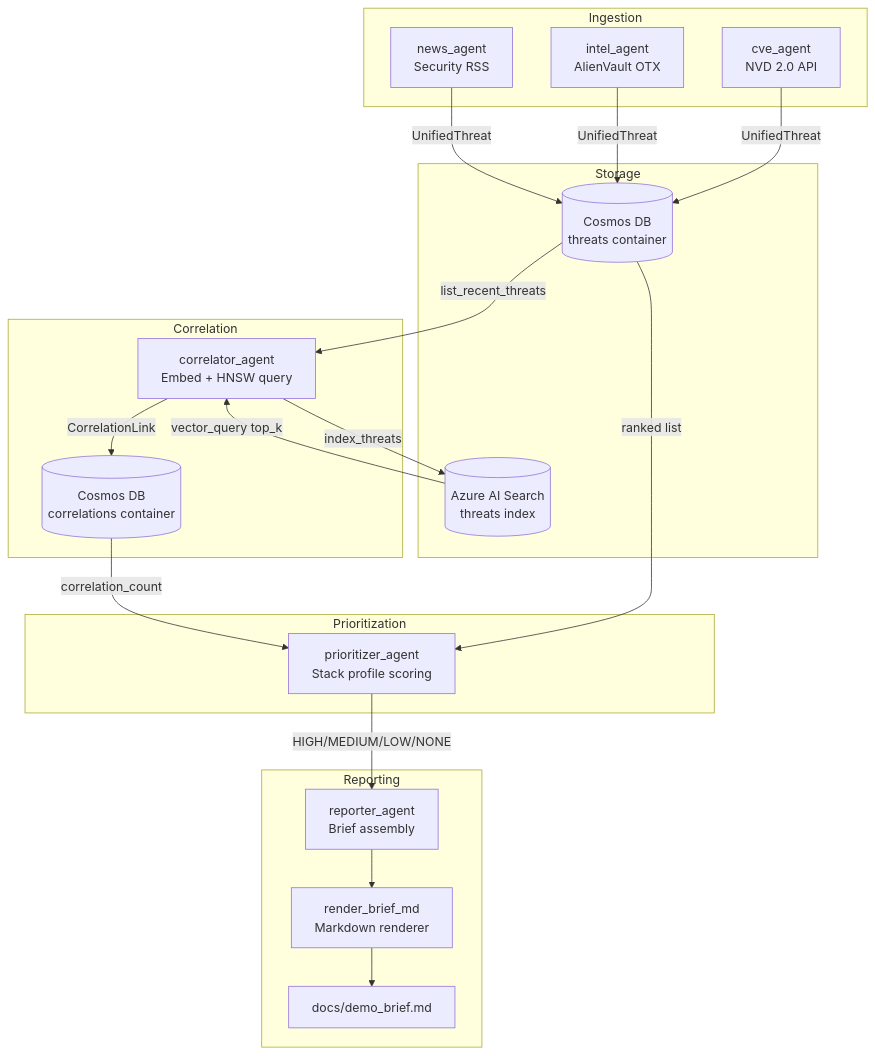
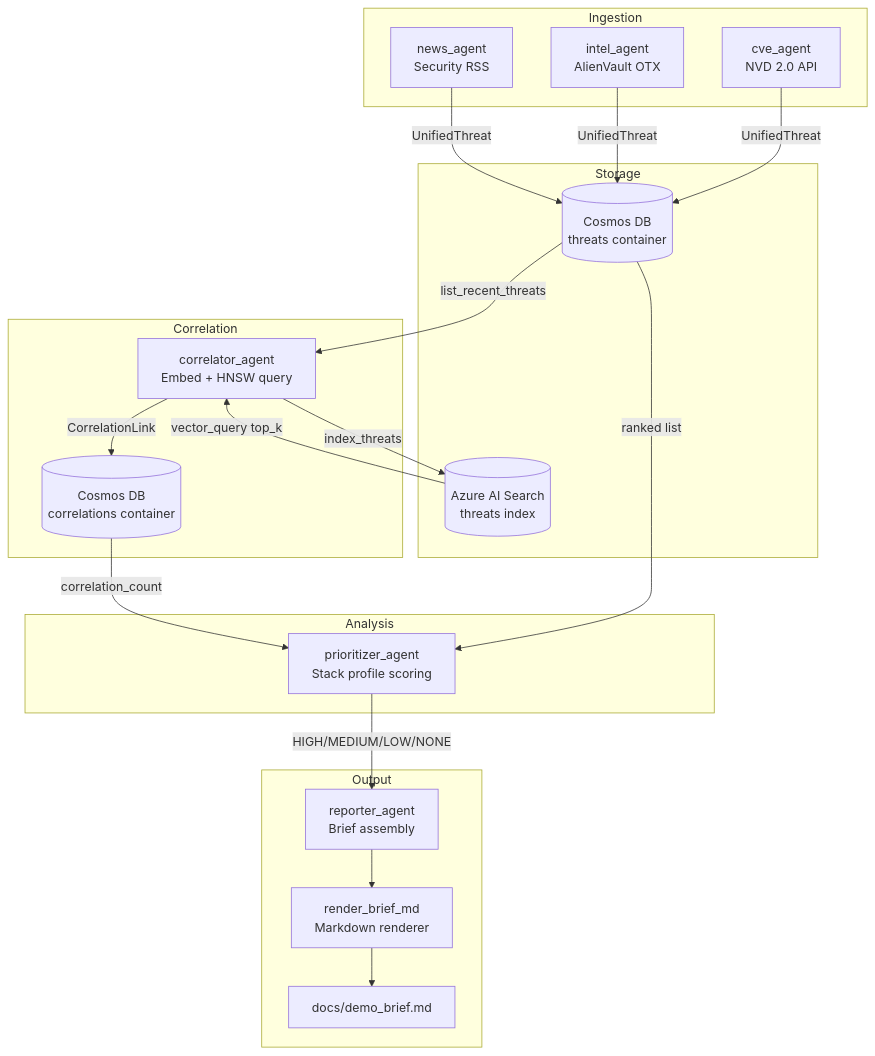
One commit to Microck/delvn changed the diagram in README.md. Above: the diagram before and after it, drawn with Mermaid.

Commit message:
docs: fix mermaid diagram line breaks

````diff
--- a/README.md
+++ b/README.md
@@ -273,44 +273,44 @@
 ```mermaid
 flowchart TD
     subgraph Ingestion
-        A1[cve_agent\nNVD 2.0 API]
-        A2[intel_agent\nAlienVault OTX]
-        A3[news_agent\nSecurity RSS]
-    end
+        A1[cve_agent<br>NVD 2.0 API]
+        A2[intel_agent<br>AlienVault OTX]
+        A3[news_agent<br>Security RSS]
+        end
 
-    subgraph Storage
-        C1[(Cosmos DB\nthreats container)]
-        C2[(Azure AI Search\nthreats index)]
-    end
+        subgraph Storage
+        C1[(Cosmos DB<br>threats container)]
+        C2[(Azure AI Search<br>threats index)]
+        end
 
-    subgraph Correlation
-        B1[correlator_agent\nEmbed + HNSW query]
-        B2[(Cosmos DB\ncorrelations container)]
-    end
+        subgraph Correlation
+        B1[correlator_agent<br>Embed + HNSW query]
+        B2[(Cosmos DB<br>correlations container)]
+        end
 
-    subgraph Prioritization
-        D1[prioritizer_agent\nStack profile scoring]
-    end
+        subgraph Analysis
+        D1[prioritizer_agent<br>Stack profile scoring]
+        end
 
-    subgraph Reporting
-        E1[reporter_agent\nBrief assembly]
-        E2[render_brief_md\nMarkdown renderer]
+        subgraph Output
+        E1[reporter_agent<br>Brief assembly]
+        E2[render_brief_md<br>Markdown renderer]
         E3[docs/demo_brief.md]
     end
 
     A1 -->|UnifiedThreat| C1
     A2 -->|UnifiedThreat| C1
     A3 -->|UnifiedThreat| C1
 
     C1 -->|list_recent_threats| B1
     B1 -->|index_threats| C2
     C2 -->|vector_query top_k| B1
     B1 -->|CorrelationLink| B2
 
     C1 -->|ranked list| D1
     B2 -->|correlation_count| D1
 
     D1 -->|HIGH/MEDIUM/LOW/NONE| E1
     E1 --> E2
     E2 --> E3
 ```
````
